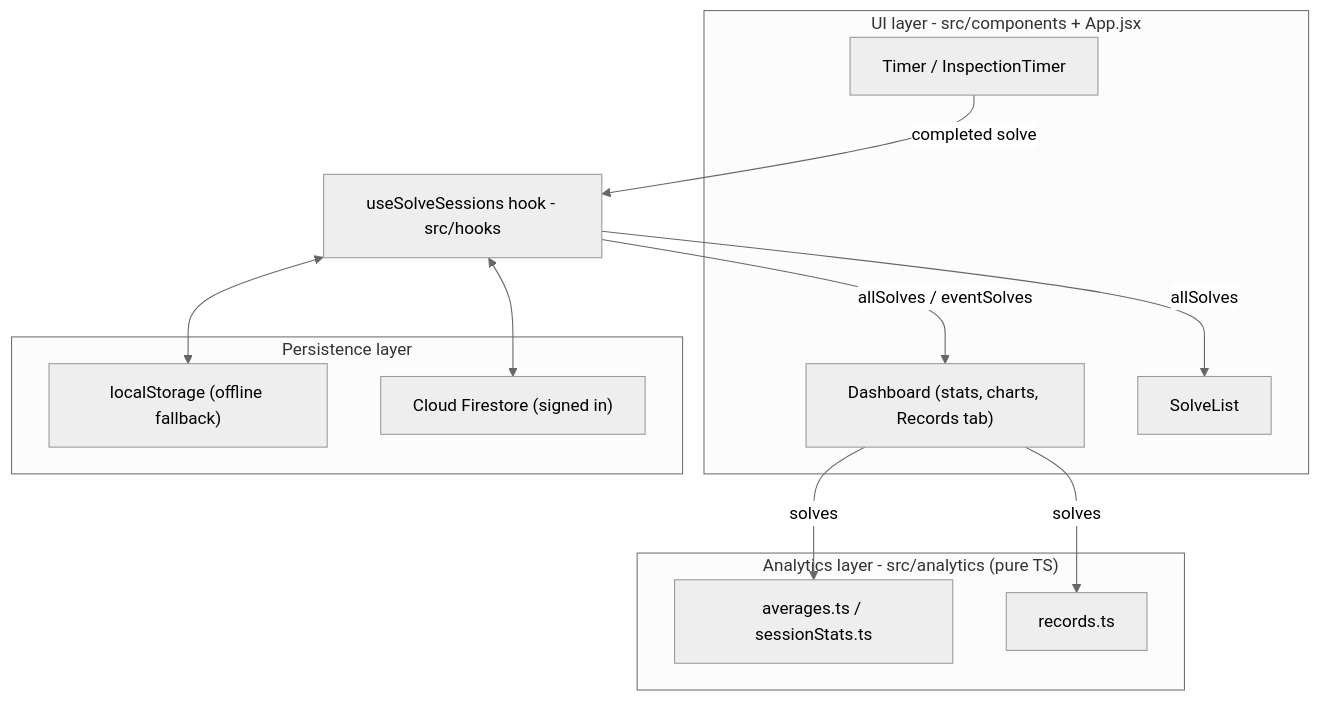
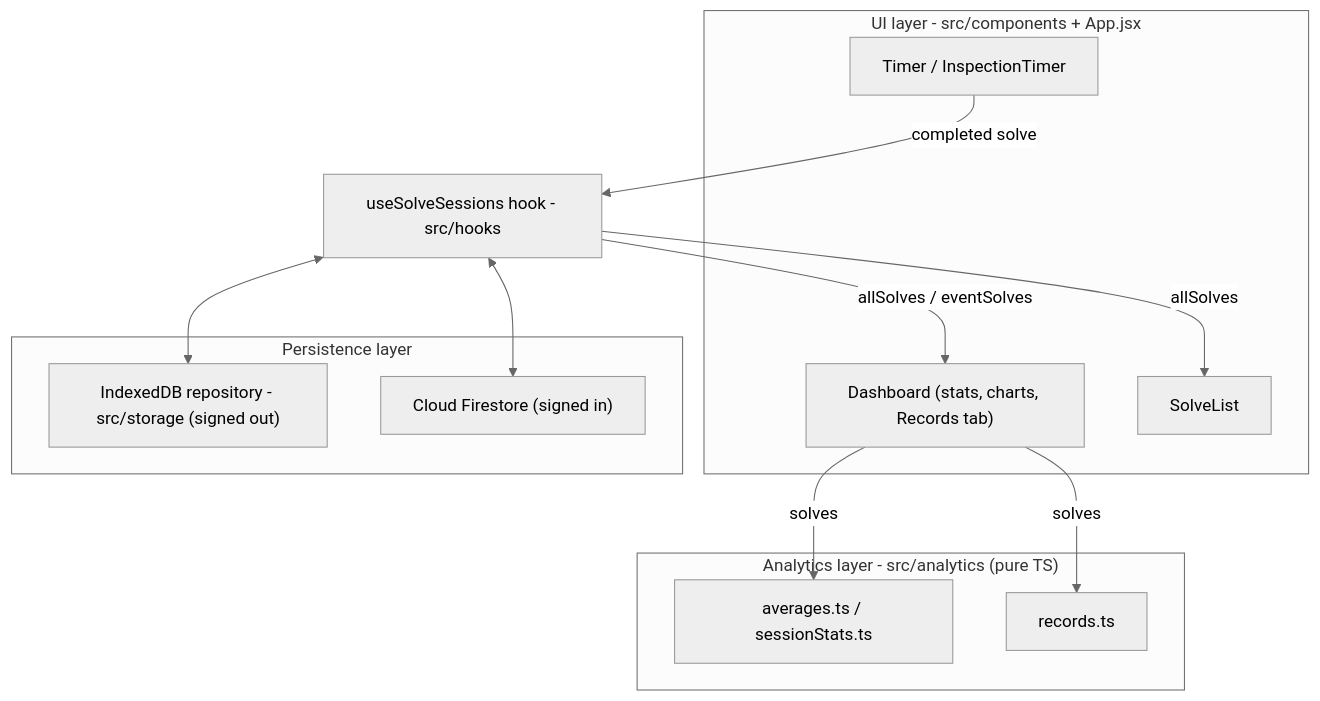
One commit to ameyg24/cubeboxtimer changed the diagram in docs/architecture/overview.md. Above: the diagram before and after it, drawn with Mermaid (neutral theme). The commit also changed other lines of this file and 28 other files, not shown here.

````diff
--- a/docs/architecture/overview.md
+++ b/docs/architecture/overview.md
@@ -22,28 +25,28 @@
 ```mermaid
 flowchart TD
     subgraph UI["UI layer - src/components + App.jsx"]
         Timer["Timer / InspectionTimer"]
         Dashboard["Dashboard (stats, charts, Records tab)"]
         SolveList["SolveList"]
     end
 
     Hook["useSolveSessions hook - src/hooks"]
 
     subgraph Analytics["Analytics layer - src/analytics (pure TS)"]
         Averages["averages.ts / sessionStats.ts"]
         Records["records.ts"]
     end
 
     subgraph Persistence["Persistence layer"]
-        LocalStorage["localStorage (offline fallback)"]
+        Repository["IndexedDB repository - src/storage (signed out)"]
         Firestore["Cloud Firestore (signed in)"]
     end
 
     Timer -- "completed solve" --> Hook
     Hook -- "allSolves / eventSolves" --> Dashboard
     Hook -- "allSolves" --> SolveList
     Dashboard -- "solves" --> Averages
     Dashboard -- "solves" --> Records
-    Hook <--> LocalStorage
+    Hook <--> Repository
     Hook <--> Firestore
 ```
````
